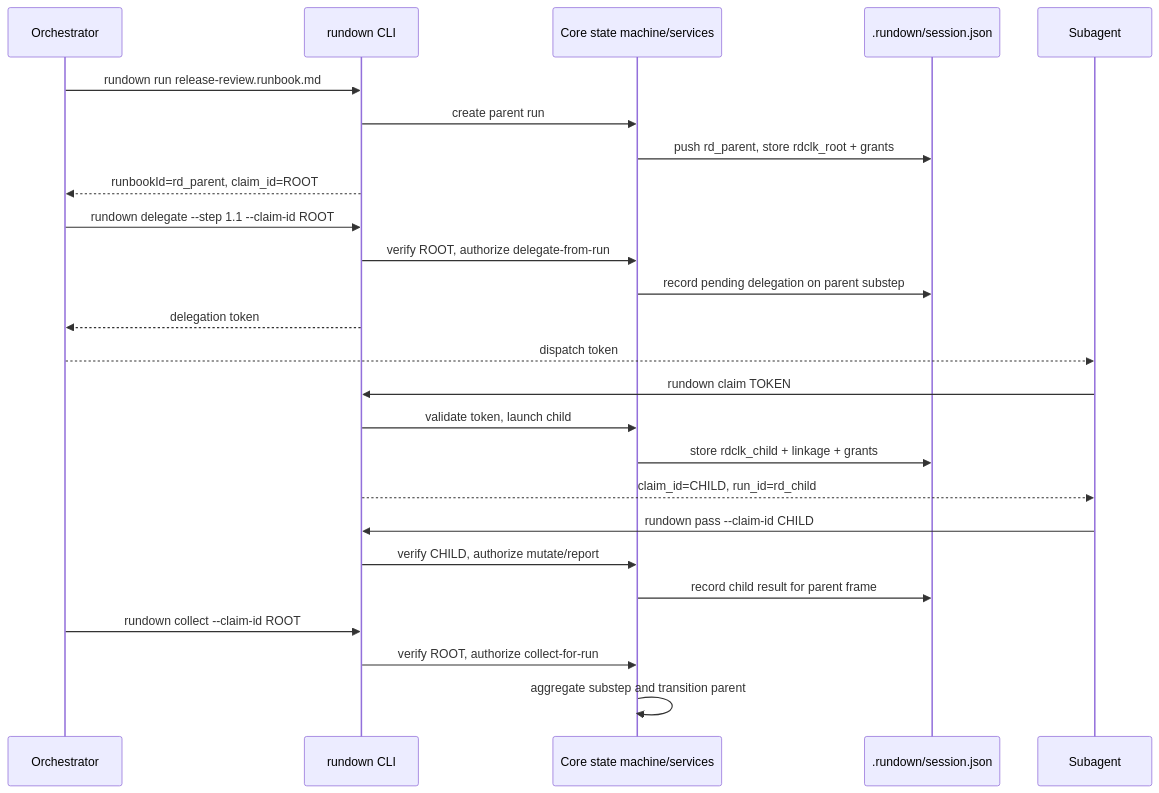
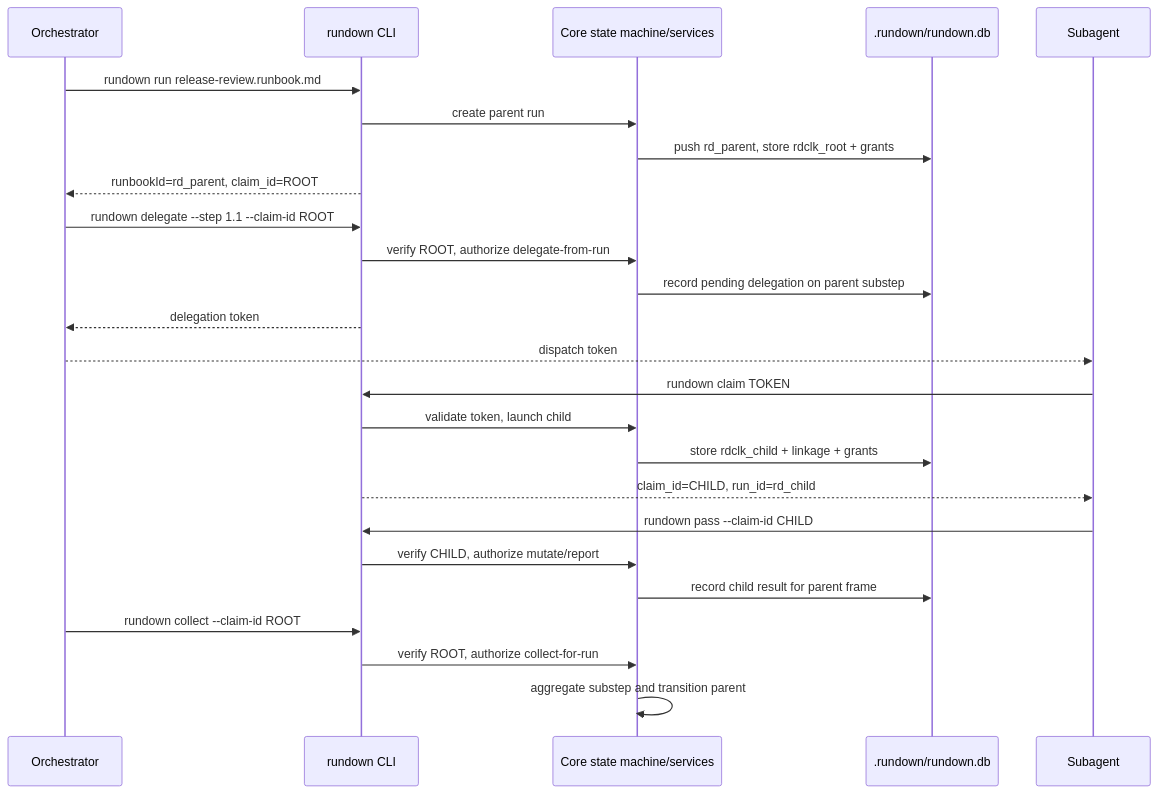
The first of 3 diagrams in docs/guides/agent-orchestration.md (tobyhede/rundown), drawn with Mermaid before and after one commit. The commit also changed other lines of this file and 71 other files, not shown here.

````diff
--- a/docs/guides/agent-orchestration.md
+++ b/docs/guides/agent-orchestration.md
@@ -72,32 +72,32 @@
 ```mermaid
 sequenceDiagram
     participant O as Orchestrator
     participant CLI as rundown CLI
     participant Core as Core state machine/services
-    participant S as .rundown/session.json
+    participant S as .rundown/rundown.db
     participant A as Subagent
 
     O->>CLI: rundown run release-review.runbook.md
     CLI->>Core: create parent run
     Core->>S: push rd_parent, store rdclk_root + grants
     CLI-->>O: runbookId=rd_parent, claim_id=ROOT
 
     O->>CLI: rundown delegate --step 1.1 --claim-id ROOT
     CLI->>Core: verify ROOT, authorize delegate-from-run
     Core->>S: record pending delegation on parent substep
     CLI-->>O: delegation token
 
     O-->>A: dispatch token
     A->>CLI: rundown claim TOKEN
     CLI->>Core: validate token, launch child
     Core->>S: store rdclk_child + linkage + grants
     CLI-->>A: claim_id=CHILD, run_id=rd_child
 
     A->>CLI: rundown pass --claim-id CHILD
     CLI->>Core: verify CHILD, authorize mutate/report
     Core->>S: record child result for parent frame
 
     O->>CLI: rundown collect --claim-id ROOT
     CLI->>Core: verify ROOT, authorize collect-for-run
     Core->>Core: aggregate substep and transition parent
 ```
````
